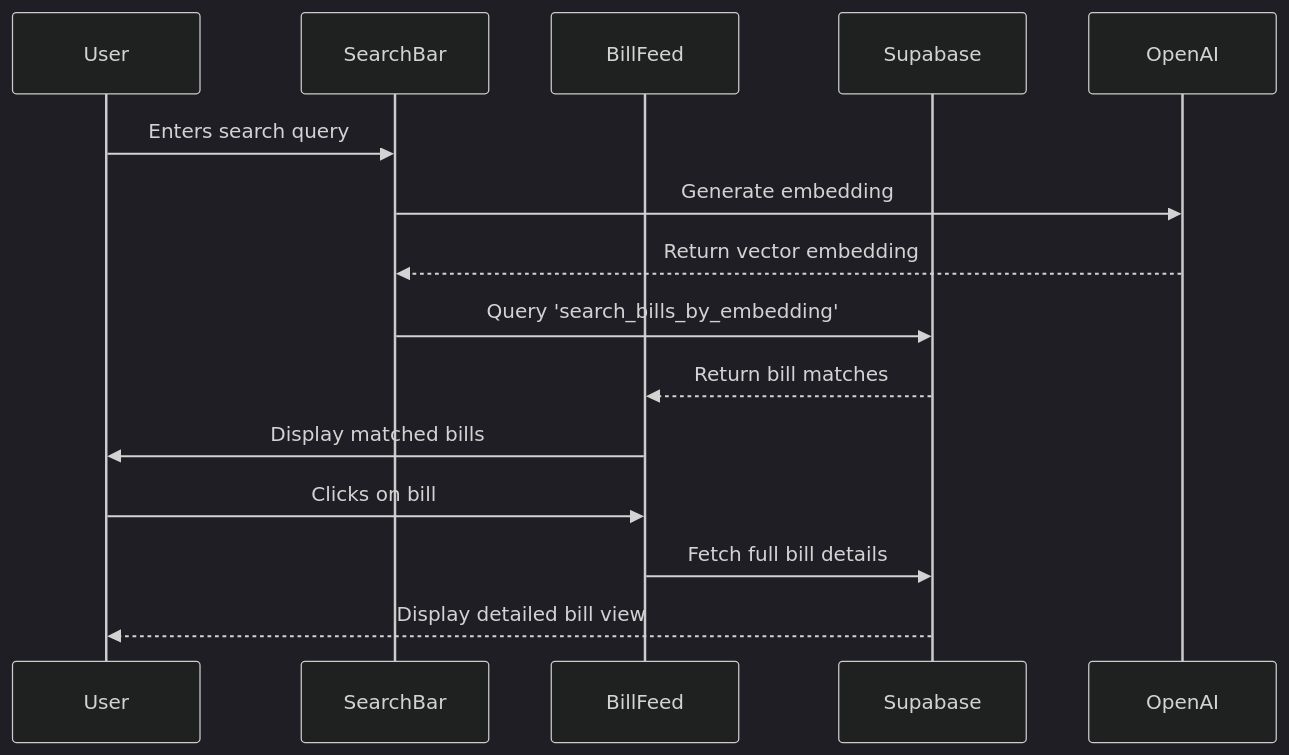
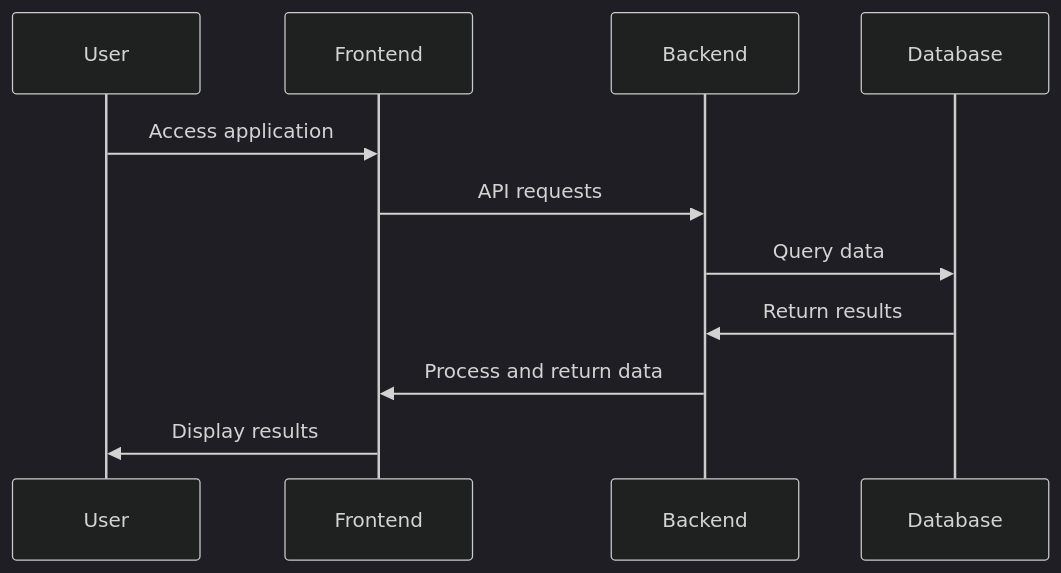
One commit to humanperzeus/dogeplot changed the fifth of 8 diagrams in KNOWLEDGE.md. Above: the diagram before and after it, drawn with Mermaid (dark theme). The commit also changed other lines of this file and 4 other files, not shown here.

````diff
--- a/KNOWLEDGE.md
+++ b/KNOWLEDGE.md
@@ -867,18 +600,14 @@
 ```mermaid
 sequenceDiagram
     participant User
-    participant SearchBar
-    participant BillFeed
-    participant Supabase
-    participant OpenAI
-
-    User->>SearchBar: Enters search query
-    SearchBar->>OpenAI: Generate embedding
-    OpenAI-->>SearchBar: Return vector embedding
-    SearchBar->>Supabase: Query 'search_bills_by_embedding'
-    Supabase-->>BillFeed: Return bill matches
-    BillFeed->>User: Display matched bills
-    User->>BillFeed: Clicks on bill
-    BillFeed->>Supabase: Fetch full bill details
-    Supabase-->>User: Display detailed bill view
+    participant Frontend
+    participant Backend
+    participant Database
+    
+    User->>Frontend: Access application
+    Frontend->>Backend: API requests
+    Backend->>Database: Query data
+    Database->>Backend: Return results
+    Backend->>Frontend: Process and return data
+    Frontend->>User: Display results
 ```
````
